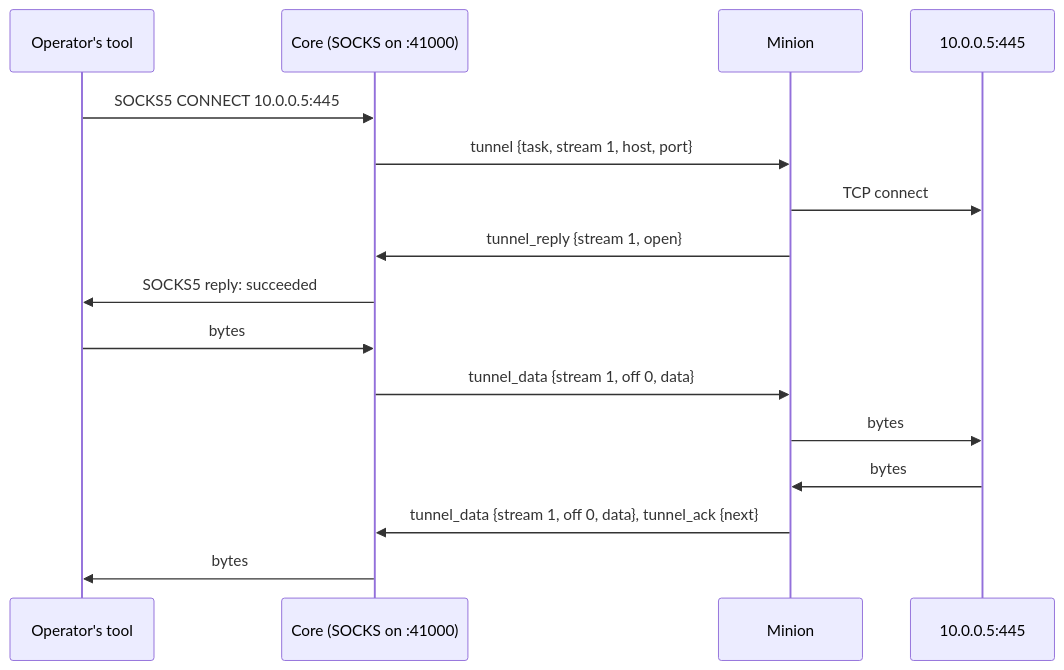
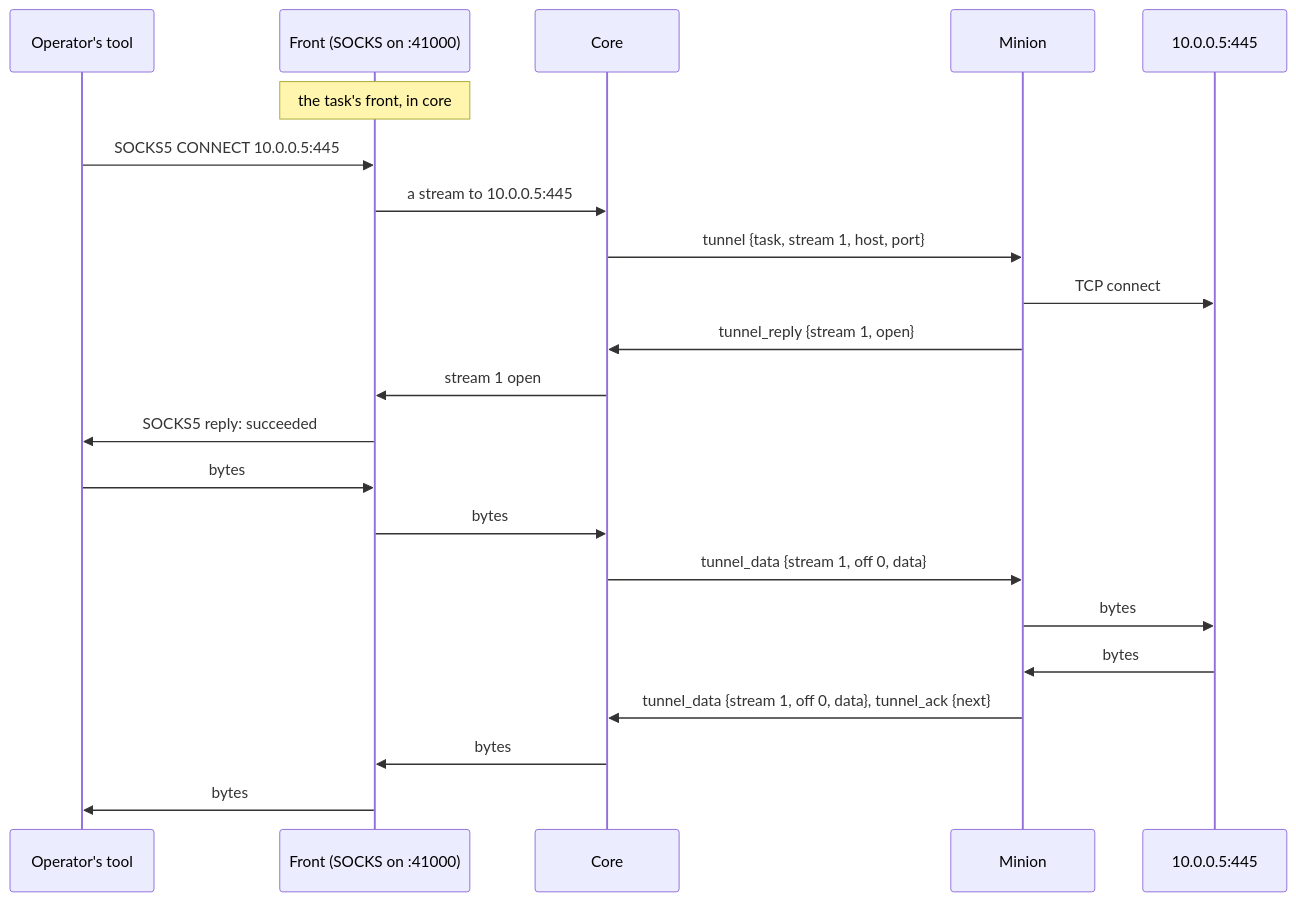
One commit to LogosCore/logos-docs changed the first of 2 diagrams in src/content/docs/contracts/minion-messages/tunnels.md. Above: the diagram before and after it, drawn with Mermaid. The commit also changed other lines of this file and 4 other files, not shown here.

````diff
--- a/src/content/docs/contracts/minion-messages/tunnels.md
+++ b/src/content/docs/contracts/minion-messages/tunnels.md
@@ -21,18 +21,24 @@
 ```mermaid
 sequenceDiagram
   participant T as Operator's tool
-  participant C as Core (SOCKS on :41000)
+  participant F as Front (SOCKS on :41000)
+  participant C as Core
   participant M as Minion
   participant H as 10.0.0.5:445
-  T->>C: SOCKS5 CONNECT 10.0.0.5:445
+  Note over F: the task's front, in core
+  T->>F: SOCKS5 CONNECT 10.0.0.5:445
+  F->>C: a stream to 10.0.0.5:445
   C->>M: tunnel {task, stream 1, host, port}
   M->>H: TCP connect
   M->>C: tunnel_reply {stream 1, open}
-  C->>T: SOCKS5 reply: succeeded
-  T->>C: bytes
+  C->>F: stream 1 open
+  F->>T: SOCKS5 reply: succeeded
+  T->>F: bytes
+  F->>C: bytes
   C->>M: tunnel_data {stream 1, off 0, data}
   M->>H: bytes
   H->>M: bytes
   M->>C: tunnel_data {stream 1, off 0, data}, tunnel_ack {next}
-  C->>T: bytes
+  C->>F: bytes
+  F->>T: bytes
 ```
````
